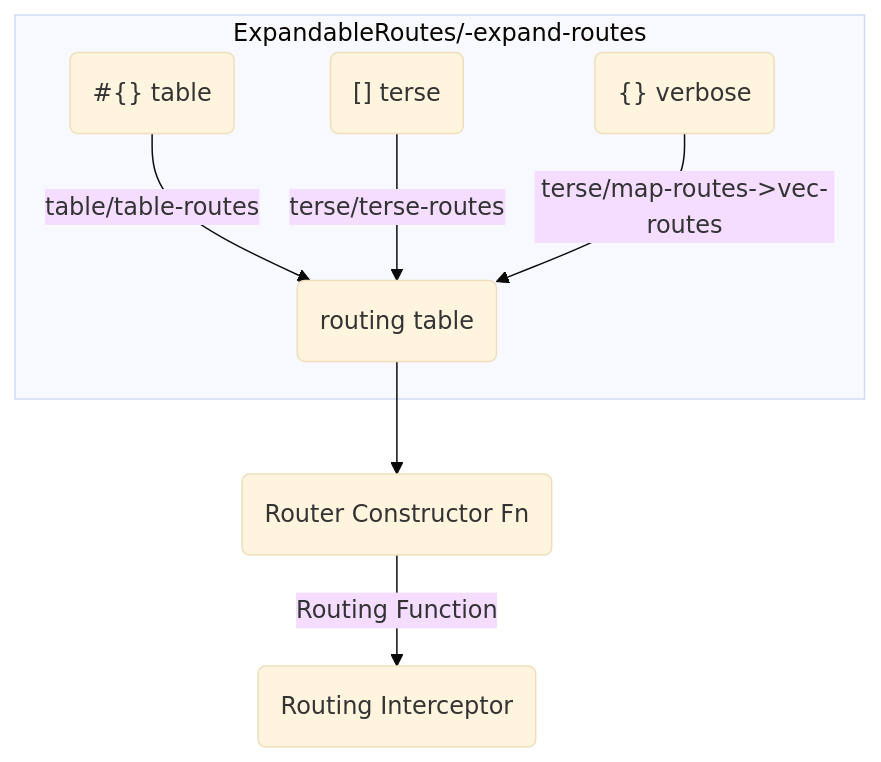
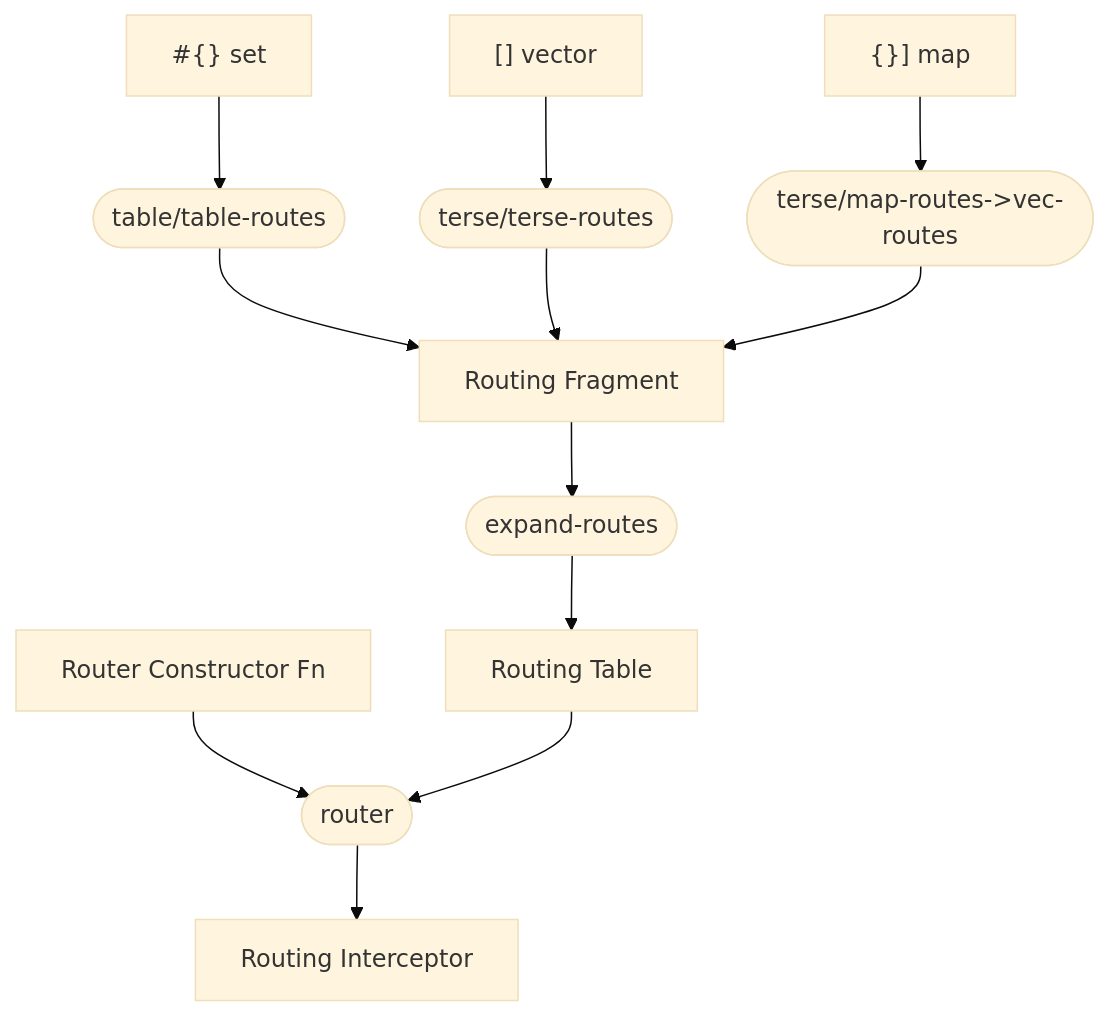
The diagram in docs/modules/reference/pages/routing-quick-reference.adoc (pedestal/pedestal), drawn with Mermaid (base theme) before and after one commit. The commit also changed other lines of this file and 1 other file, not shown here.

```diff
--- a/docs/modules/reference/pages/routing-quick-reference.adoc
+++ b/docs/modules/reference/pages/routing-quick-reference.adoc
@@ -51,12 +51,17 @@
 [mermaid]
 ....
-flowchart
-  subgraph ExpandableRoutes/-expand-routes
-  table("#{} table")-->|table/table-routes|expanded
-  terse("[] terse")-->|terse/terse-routes|expanded
-  map("{} verbose")-->|terse/map-routes->vec-routes|expanded
-  end
-  expanded(routing table)-->
-  cons(Router Constructor Fn)-->|Routing Function|inter
-  inter(Routing Interceptor)
+flowchart TD
+
+Tab["#{} set"] --> tabr
+tabr([table/table-routes]) --> frag
+Terse["[] vector"] --> terser
+terser([terse/terse-routes]) --> frag
+Verb["{}] map"] --> verbr
+verbr([terse/map-routes->vec-routes]) --> frag
+frag[Routing Fragment] --> expand
+expand([expand-routes]) --> table
+cons[Router Constructor Fn] --> make-fn
+table[Routing Table] -->  make-fn
+make-fn([router]) --> intc
+intc[Routing Interceptor]
 ....
```
